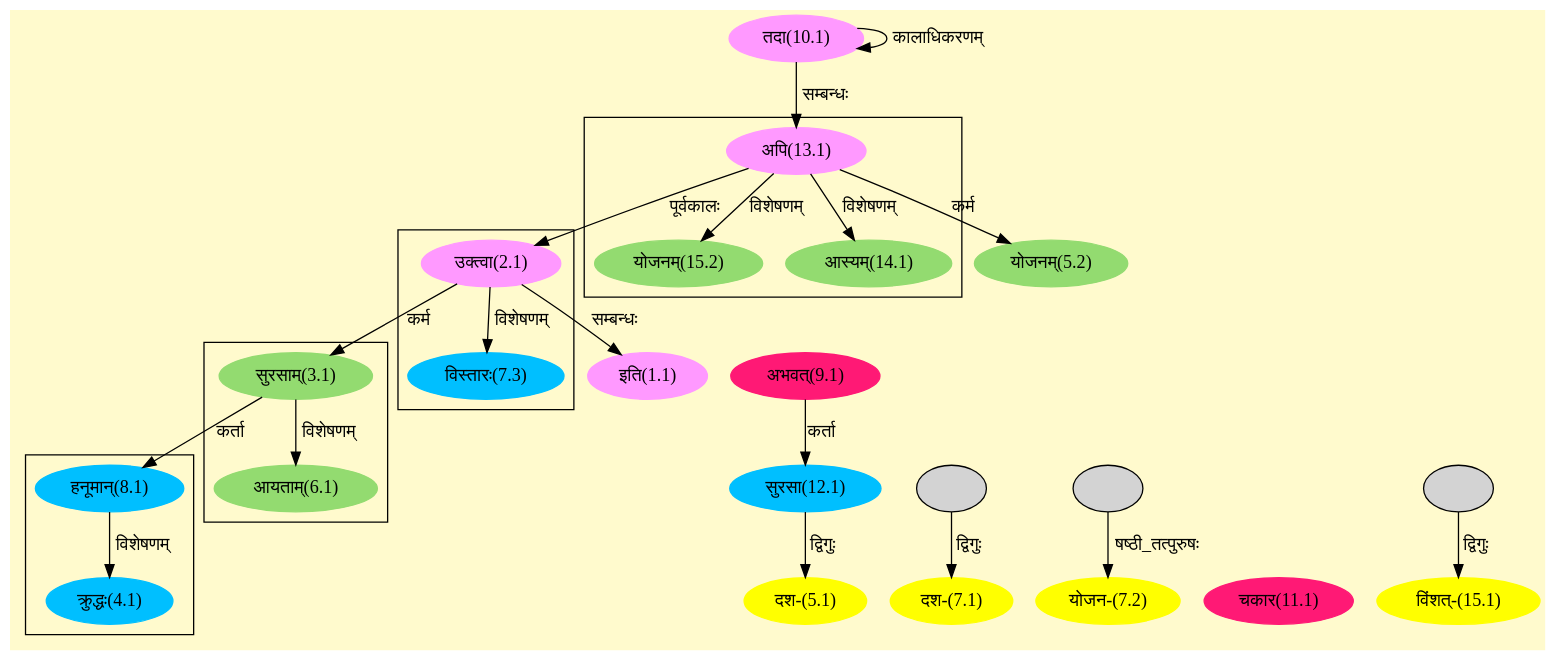
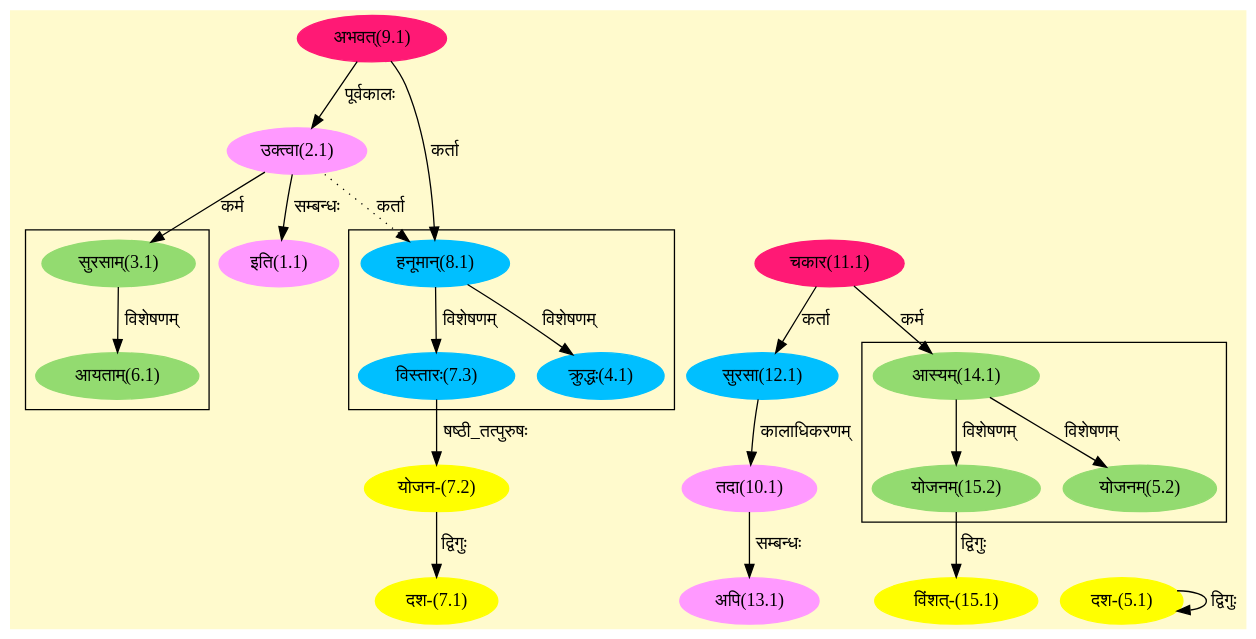
One commit to amarranjan1/skd.github.io changed the diagram in assets/graphs/01_153.2_154_1.dot. Above: the diagram before and after it, drawn with Graphviz. The commit also changed 258 other files, not shown here.

```diff
--- a/assets/graphs/01_153.2_154_1.dot
+++ b/assets/graphs/01_153.2_154_1.dot
@@ -1,67 +1,62 @@
 digraph G{
 rankdir=BT;
  compound=true;
  bgcolor="lemonchiffon1";
 
 subgraph cluster_1{
 Node4_1 [style=filled, color="#00BFFF" label = "क्रुद्धः(4.1)"]
 Node8_1 [style=filled, color="#00BFFF" label = "हनूमान्(8.1)"]
+Node7_3 [style=filled, color="#00BFFF" label = "विस्तारः(7.3)"]
 
 }
 
 subgraph cluster_2{
+Node5_2 [style=filled, color="#93DB70" label = "योजनम्(5.2)"]
+Node14_1 [style=filled, color="#93DB70" label = "आस्यम्(14.1)"]
+Node15_2 [style=filled, color="#93DB70" label = "योजनम्(15.2)"]
+
+}
+
+subgraph cluster_3{
 Node6_1 [style=filled, color="#93DB70" label = "आयताम्(6.1)"]
 Node3_1 [style=filled, color="#93DB70" label = "सुरसाम्(3.1)"]
 
 }
-
-subgraph cluster_3{
-Node7_3 [style=filled, color="#00BFFF" label = "विस्तारः(7.3)"]
-Node2_1 [style=filled, color="#FF99FF" label = "उक्त्वा(2.1)"]
-
-}
-
-subgraph cluster_4{
-Node14_1 [style=filled, color="#93DB70" label = "आस्यम्(14.1)"]
-Node13_1 [style=filled, color="#FF99FF" label = "अपि(13.1)"]
-Node15_2 [style=filled, color="#93DB70" label = "योजनम्(15.2)"]
-
-}
 Node1_1 [style=filled, color="#FF99FF" label = "इति(1.1)"]
 Node2_1 [style=filled, color="#FF99FF" label = "उक्त्वा(2.1)"]
-Node13_1 [style=filled, color="#FF99FF" label = "अपि(13.1)"]
+Node9_1 [style=filled, color="#FF1975" label = "अभवत्(9.1)"]
 Node3_1 [style=filled, color="#93DB70" label = "सुरसाम्(3.1)"]
 Node5_1 [style=filled, color="#FFFF00" label = "दश-(5.1)"]
-Node12_1 [style=filled, color="#00BFFF" label = "सुरसा(12.1)"]
-Node5_2 [style=filled, color="#93DB70" label = "योजनम्(5.2)"]
 Node7_1 [style=filled, color="#FFFF00" label = "दश-(7.1)"]
-Node1_2 [style=filled, color="" label = ""]
 Node7_2 [style=filled, color="#FFFF00" label = "योजन-(7.2)"]
-Node1_3 [style=filled, color="" label = ""]
+Node7_3 [style=filled, color="#00BFFF" label = "विस्तारः(7.3)"]
 Node8_1 [style=filled, color="#00BFFF" label = "हनूमान्(8.1)"]
-Node9_1 [style=filled, color="#FF1975" label = "अभवत्(9.1)"]
 Node [style=filled, color="" label = "()"]
 Node10_1 [style=filled, color="#FF99FF" label = "तदा(10.1)"]
+Node12_1 [style=filled, color="#00BFFF" label = "सुरसा(12.1)"]
 Node11_1 [style=filled, color="#FF1975" label = "चकार(11.1)"]
+Node13_1 [style=filled, color="#FF99FF" label = "अपि(13.1)"]
+Node14_1 [style=filled, color="#93DB70" label = "आस्यम्(14.1)"]
 Node15_1 [style=filled, color="#FFFF00" label = "विंशत्-(15.1)"]
-Node14_2 [style=filled, color="" label = ""]
+Node15_2 [style=filled, color="#93DB70" label = "योजनम्(15.2)"]
 /* Start of Relations section */
 
 Node1_1 -> Node2_1 [  label="सम्बन्धः"  dir="back" ]
-Node2_1 -> Node13_1 [  label="पूर्वकालः"  dir="back" ]
+Node2_1 -> Node9_1 [  label="पूर्वकालः"  dir="back" ]
 Node3_1 -> Node2_1 [  label="कर्म"  dir="back" ]
 Node4_1 -> Node8_1 [  label="विशेषणम्"  dir="back" ]
-Node5_1 -> Node12_1 [  label="द्विगुः"  dir="back" ]
-Node5_2 -> Node13_1 [  label="कर्म"  dir="back" ]
+Node5_1 -> Node5_1 [  label="द्विगुः"  dir="back" ]
+Node5_2 -> Node14_1 [  label="विशेषणम्"  dir="back" ]
 Node6_1 -> Node3_1 [  label="विशेषणम्"  dir="back" ]
-Node7_1 -> Node1_2 [  label="द्विगुः"  dir="back" ]
-Node7_2 -> Node1_3 [  label="षष्ठी_तत्पुरुषः"  dir="back" ]
-Node7_3 -> Node2_1 [  label="विशेषणम्"  dir="back" ]
-Node8_1 -> Node3_1 [  label="कर्ता"  dir="back" ]
-Node10_1 -> Node10_1 [  label="कालाधिकरणम्"  dir="back" ]
-Node12_1 -> Node9_1 [  label="कर्ता"  dir="back" ]
+Node7_1 -> Node7_2 [  label="द्विगुः"  dir="back" ]
+Node7_2 -> Node7_3 [  label="षष्ठी_तत्पुरुषः"  dir="back" ]
+Node7_3 -> Node8_1 [  label="विशेषणम्"  dir="back" ]
+Node8_1 -> Node9_1 [  label="कर्ता"  dir="back" ]
+Node8_1 -> Node2_1 [ style=dotted label="कर्ता"  dir="back" ]
+Node10_1 -> Node12_1 [  label="कालाधिकरणम्"  dir="back" ]
+Node12_1 -> Node11_1 [  label="कर्ता"  dir="back" ]
 Node13_1 -> Node10_1 [  label="सम्बन्धः"  dir="back" ]
-Node14_1 -> Node13_1 [  label="विशेषणम्"  dir="back" ]
-Node15_1 -> Node14_2 [  label="द्विगुः"  dir="back" ]
-Node15_2 -> Node13_1 [  label="विशेषणम्"  dir="back" ]
+Node14_1 -> Node11_1 [  label="कर्म"  dir="back" ]
+Node15_1 -> Node15_2 [  label="द्विगुः"  dir="back" ]
+Node15_2 -> Node14_1 [  label="विशेषणम्"  dir="back" ]
 }
```
